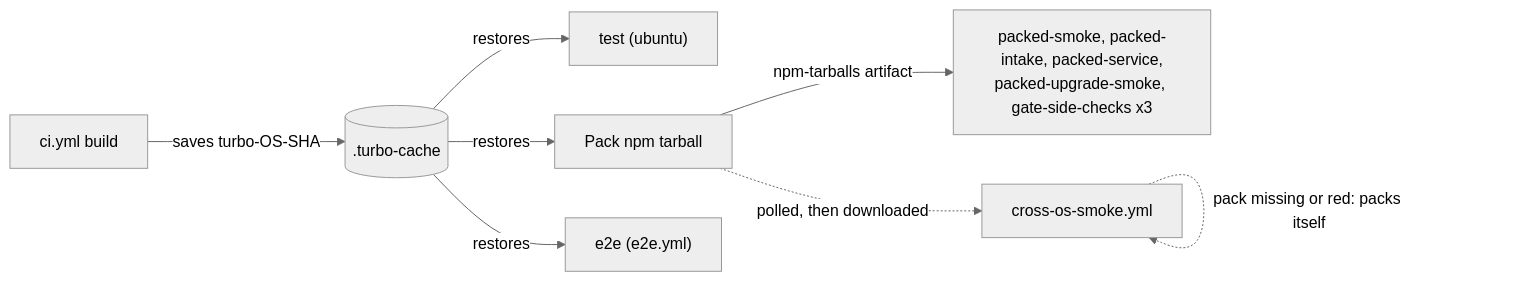
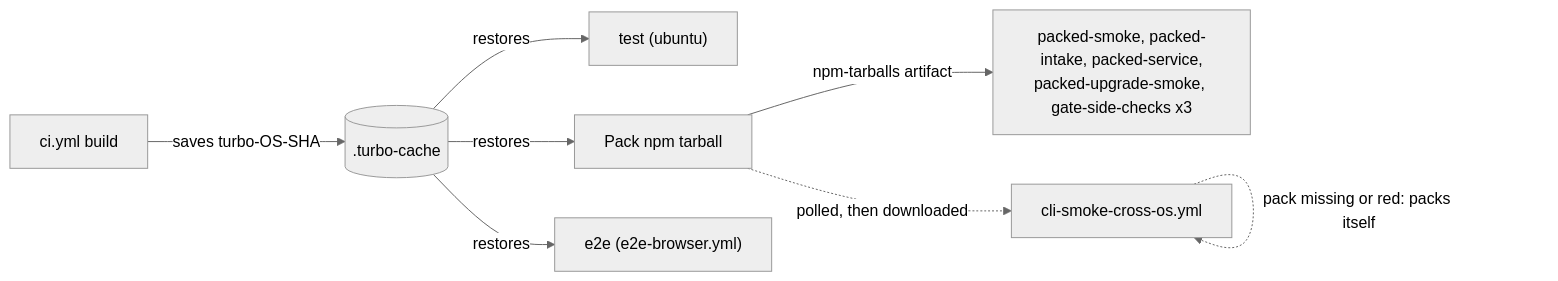
The diagram in .github/workflows/README.md (prismalens/prismalens), drawn with Mermaid (neutral theme) before and after one commit. The commit also changed other lines of this file and 17 other files, not shown here.

````diff
--- a/.github/workflows/README.md
+++ b/.github/workflows/README.md
@@ -73,10 +73,10 @@
 ```mermaid
 flowchart LR
     build["ci.yml build"] -- "saves turbo-OS-SHA" --> cache[(".turbo-cache")]
     cache -- "restores" --> test["test (ubuntu)"]
     cache -- "restores" --> pack["Pack npm tarball"]
-    cache -- "restores" --> e2e["e2e (e2e.yml)"]
+    cache -- "restores" --> e2e["e2e (e2e-browser.yml)"]
     pack -- "npm-tarballs artifact" --> packed["packed-smoke, packed-intake, packed-service,<br/>packed-upgrade-smoke, gate-side-checks x3"]
-    pack -. "polled, then downloaded" .-> xos["cross-os-smoke.yml"]
+    pack -. "polled, then downloaded" .-> xos["cli-smoke-cross-os.yml"]
     xos -. "pack missing or red: packs itself" .-> xos
 ```
````
